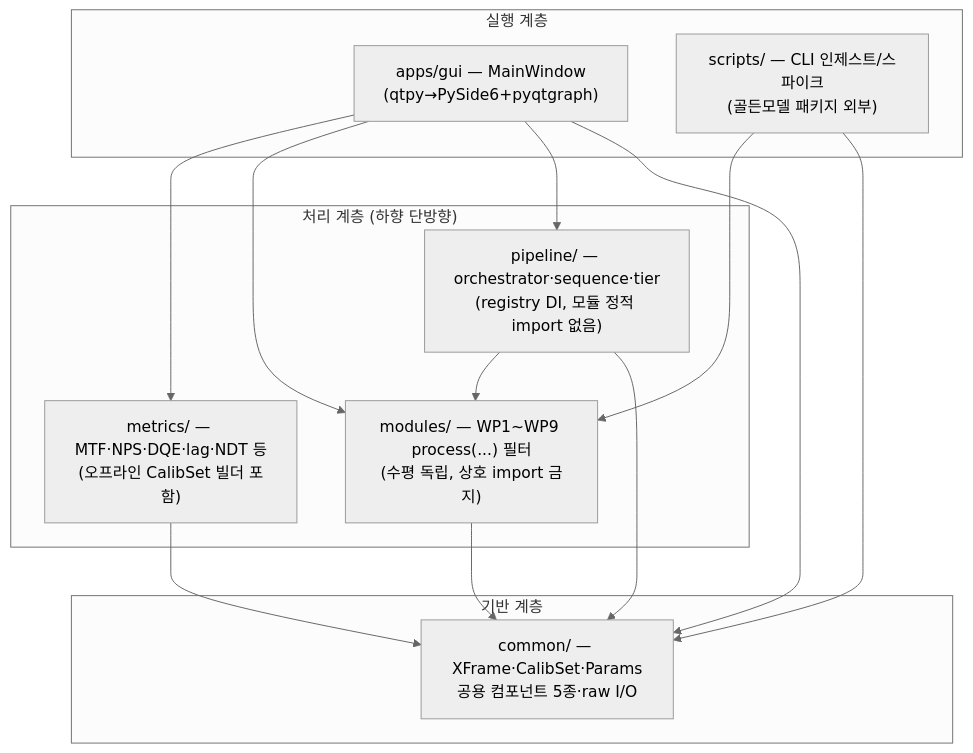
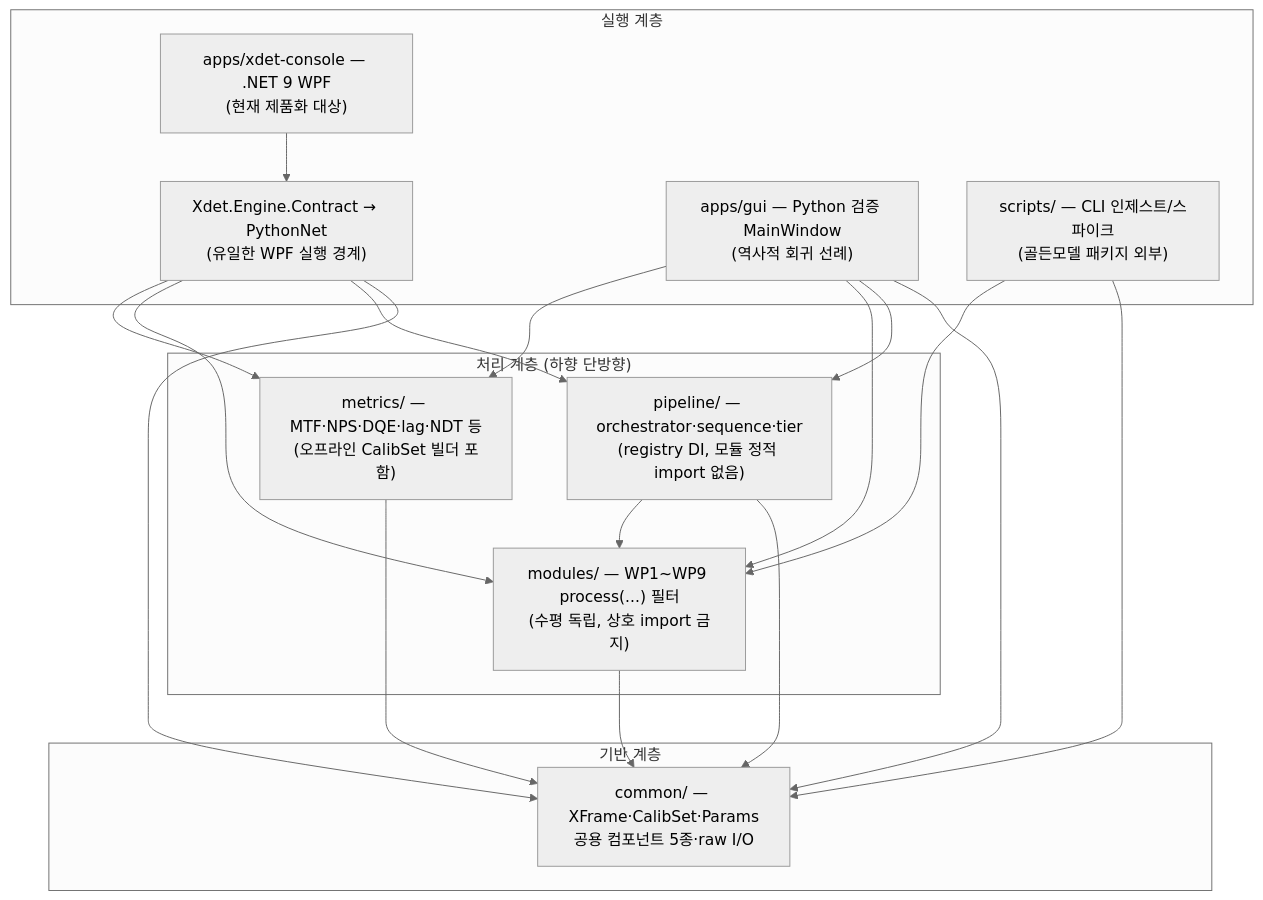
Before and after one commit to holee9/iop-algorithm: the diagram in .moai/project/codemaps/overview.md, drawn with Mermaid (neutral theme). The commit also changed other lines of this file and 74 other files, not shown here.

````diff
--- a/.moai/project/codemaps/overview.md
+++ b/.moai/project/codemaps/overview.md
@@ -37,28 +37,35 @@
 ```mermaid
 flowchart TB
     subgraph Apps["실행 계층"]
-        GUI["apps/gui — MainWindow<br/>(qtpy→PySide6+pyqtgraph)"]
+        WPF["apps/xdet-console — .NET 9 WPF<br/>(현재 제품화 대상)"]
+        Seam["Xdet.Engine.Contract → PythonNet<br/>(유일한 WPF 실행 경계)"]
+        GUI["apps/gui — Python 검증 MainWindow<br/>(역사적 회귀 선례)"]
         Scripts["scripts/ — CLI 인제스트/스파이크<br/>(골든모델 패키지 외부)"]
     end
 
     subgraph Core["처리 계층 (하향 단방향)"]
         Pipeline["pipeline/ — orchestrator·sequence·tier<br/>(registry DI, 모듈 정적 import 없음)"]
         Modules["modules/ — WP1~WP9 process(...) 필터<br/>(수평 독립, 상호 import 금지)"]
         Metrics["metrics/ — MTF·NPS·DQE·lag·NDT 등<br/>(오프라인 CalibSet 빌더 포함)"]
     end
 
     subgraph Foundation["기반 계층"]
         Common["common/ — XFrame·CalibSet·Params<br/>공용 컴포넌트 5종·raw I/O"]
     end
 
+    WPF --> Seam
+    Seam --> Metrics
+    Seam --> Modules
+    Seam --> Pipeline
+    Seam --> Common
     GUI --> Metrics
     GUI --> Modules
     GUI --> Pipeline
     GUI --> Common
     Scripts --> Modules
     Scripts --> Common
     Pipeline --> Modules
     Pipeline --> Common
     Modules --> Common
     Metrics --> Common
 ```
````
